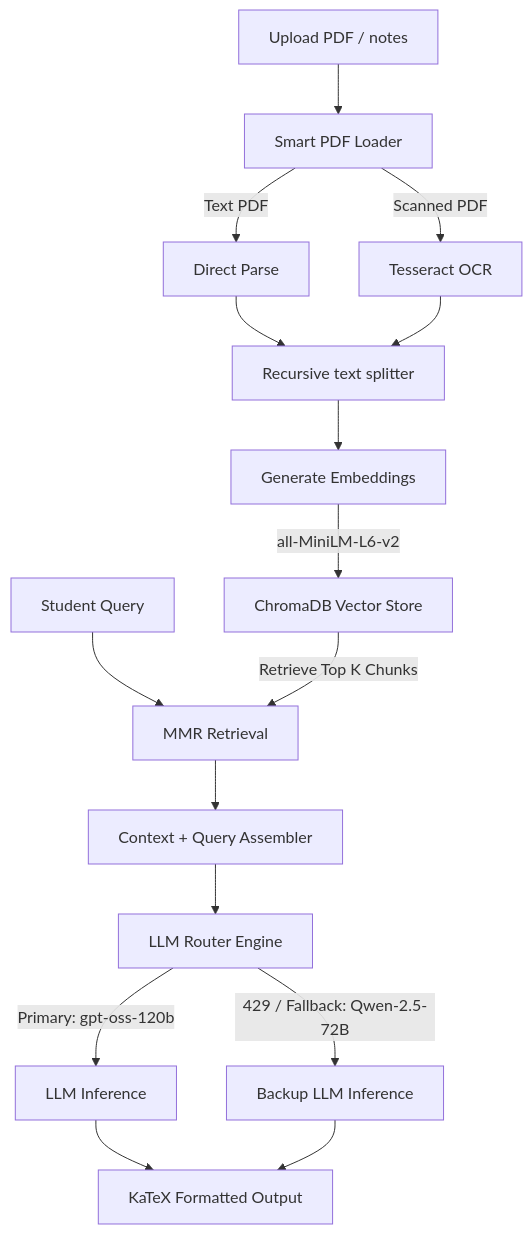
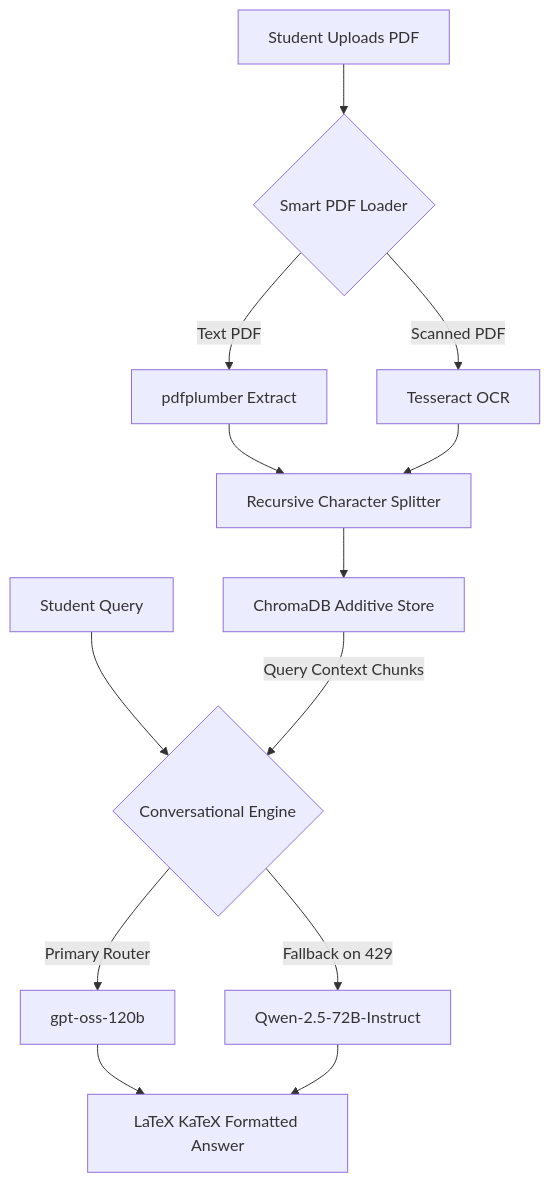
The diagram in README.md (abdullahks-devhub/rag-chatbot-university), drawn with Mermaid before and after one commit. The commit also changed other lines of this file, not shown here.

````diff
--- a/README.md
+++ b/README.md
@@ -46,19 +66,15 @@
 ```mermaid
 graph TD
-    A[Upload PDF / notes] --> B[Smart PDF Loader]
-    B -->|Text PDF| C[Direct Parse]
+    A[Student Uploads PDF] --> B{Smart PDF Loader}
+    B -->|Text PDF| C[pdfplumber Extract]
     B -->|Scanned PDF| D[Tesseract OCR]
-    C --> E[Recursive text splitter]
+    C --> E[Recursive Character Splitter]
     D --> E
-    E --> F[Generate Embeddings]
-    F -->|all-MiniLM-L6-v2| G[ChromaDB Vector Store]
-    
-    H[Student Query] --> I[MMR Retrieval]
-    G -->|Retrieve Top K Chunks| I
-    I --> J[Context + Query Assembler]
-    J --> K[LLM Router Engine]
-    K -->|Primary: gpt-oss-120b| L[LLM Inference]
-    K -->|429 / Fallback: Qwen-2.5-72B| M[Backup LLM Inference]
-    L --> N[KaTeX Formatted Output]
-    M --> N
+    E --> F[ChromaDB Additive Store]
+    G[Student Query] --> H{Conversational Engine}
+    F -->|Query Context Chunks| H
+    H -->|Primary Router| I[gpt-oss-120b]
+    H -->|Fallback on 429| J[Qwen-2.5-72B-Instruct]
+    I --> K[LaTeX KaTeX Formatted Answer]
+    J --> K
 ```
````
